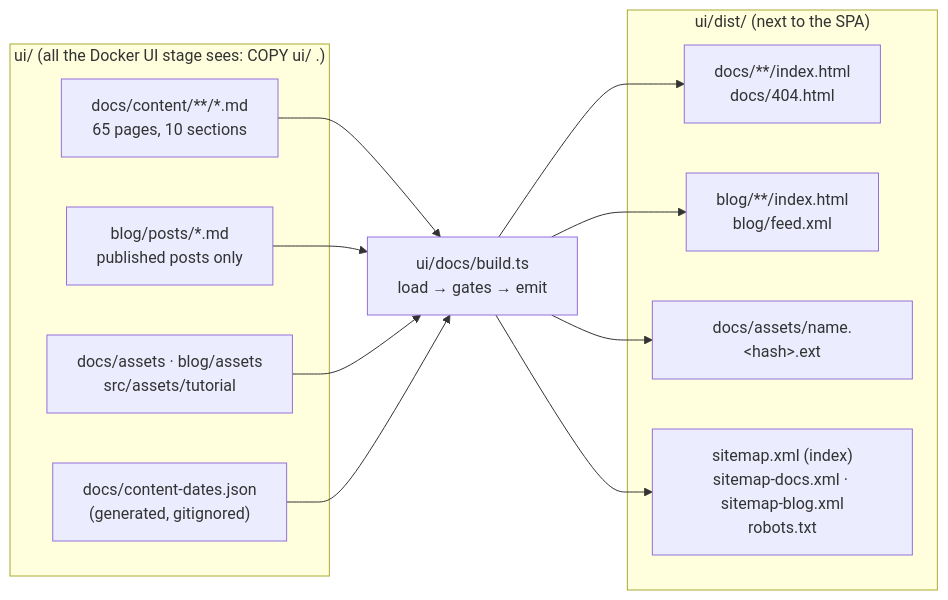
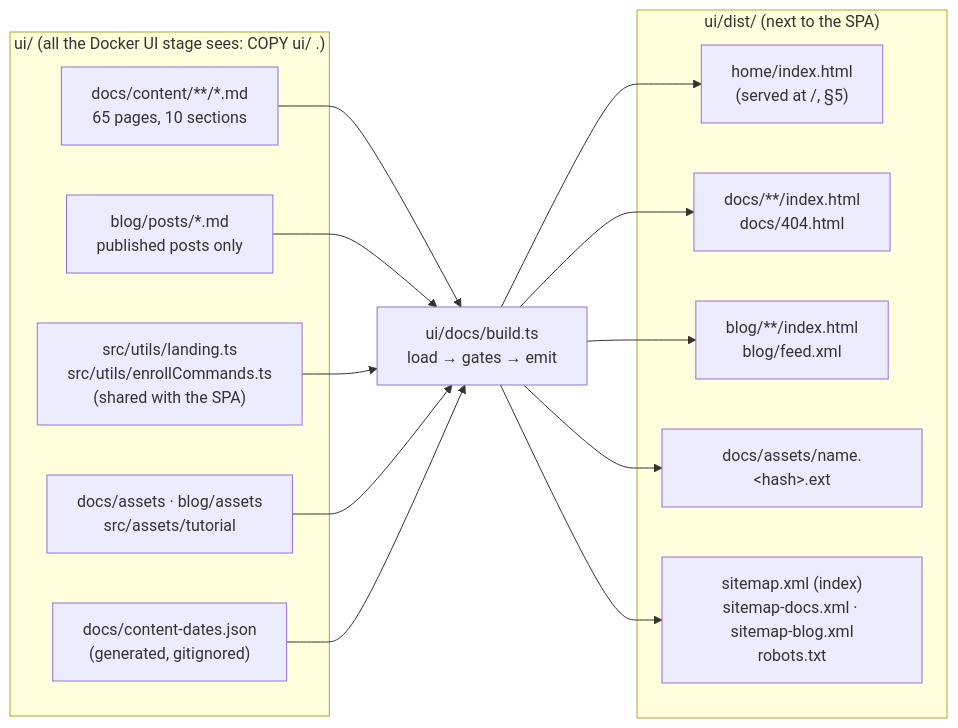
One commit to gjovanov/roomler-ai changed the first of 3 diagrams in docs/public-site.md. Above: the diagram before and after it, drawn with Mermaid. The commit also changed other lines of this file and 17 other files, not shown here.

````diff
--- a/docs/public-site.md
+++ b/docs/public-site.md
@@ -22,17 +22,19 @@
 ```mermaid
 flowchart LR
     subgraph src["ui/ (all the Docker UI stage sees: COPY ui/ .)"]
         C["docs/content/**/*.md<br/>65 pages, 10 sections"]
         P["blog/posts/*.md<br/>published posts only"]
+        L["src/utils/landing.ts<br/>src/utils/enrollCommands.ts<br/>(shared with the SPA)"]
         A["docs/assets · blog/assets<br/>src/assets/tutorial"]
         M["docs/content-dates.json<br/>(generated, gitignored)"]
     end
     B["ui/docs/build.ts<br/>load → gates → emit"]
     subgraph dist["ui/dist/ (next to the SPA)"]
+        H["home/index.html<br/>(served at /, §5)"]
         D["docs/**/index.html<br/>docs/404.html"]
         BL["blog/**/index.html<br/>blog/feed.xml"]
         AS["docs/assets/name.&lt;hash&gt;.ext"]
         X["sitemap.xml (index)<br/>sitemap-docs.xml · sitemap-blog.xml<br/>robots.txt"]
     end
-    C & P & A & M --> B --> D & BL & AS & X
+    C & P & L & A & M --> B --> H & D & BL & AS & X
 ```
````
